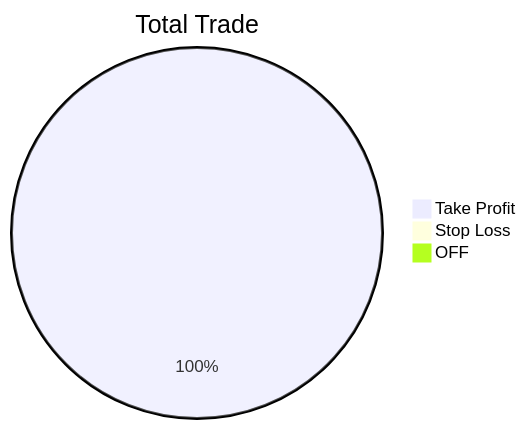
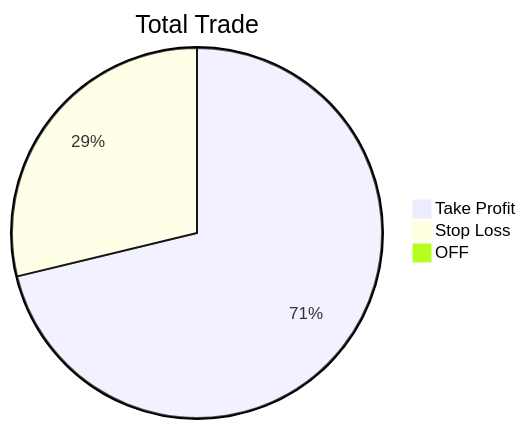
The diagram in _posts/2022-10-1-october-result.md (shifufx/jekyll-uno), drawn with Mermaid before and after one commit. The commit also changed other lines of this file and 2 other files, not shown here.

```diff
--- a/_posts/2022-10-1-october-result.md
+++ b/_posts/2022-10-1-october-result.md
@@ -46,7 +51,7 @@
 <div class="mermaid">
 
 pie title Total Trade
-    "Take Profit" : 10
-    "Stop Loss" : 0
+    "Take Profit" : 52
+    "Stop Loss" : 21
     "OFF" : 0
 </div>
```
